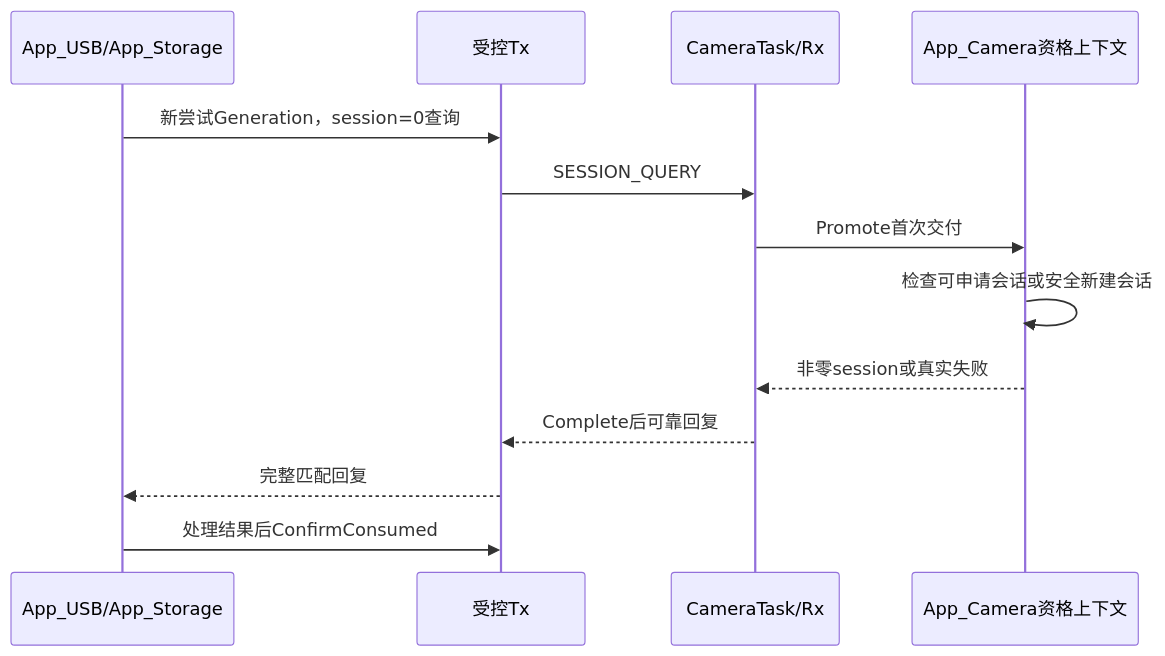
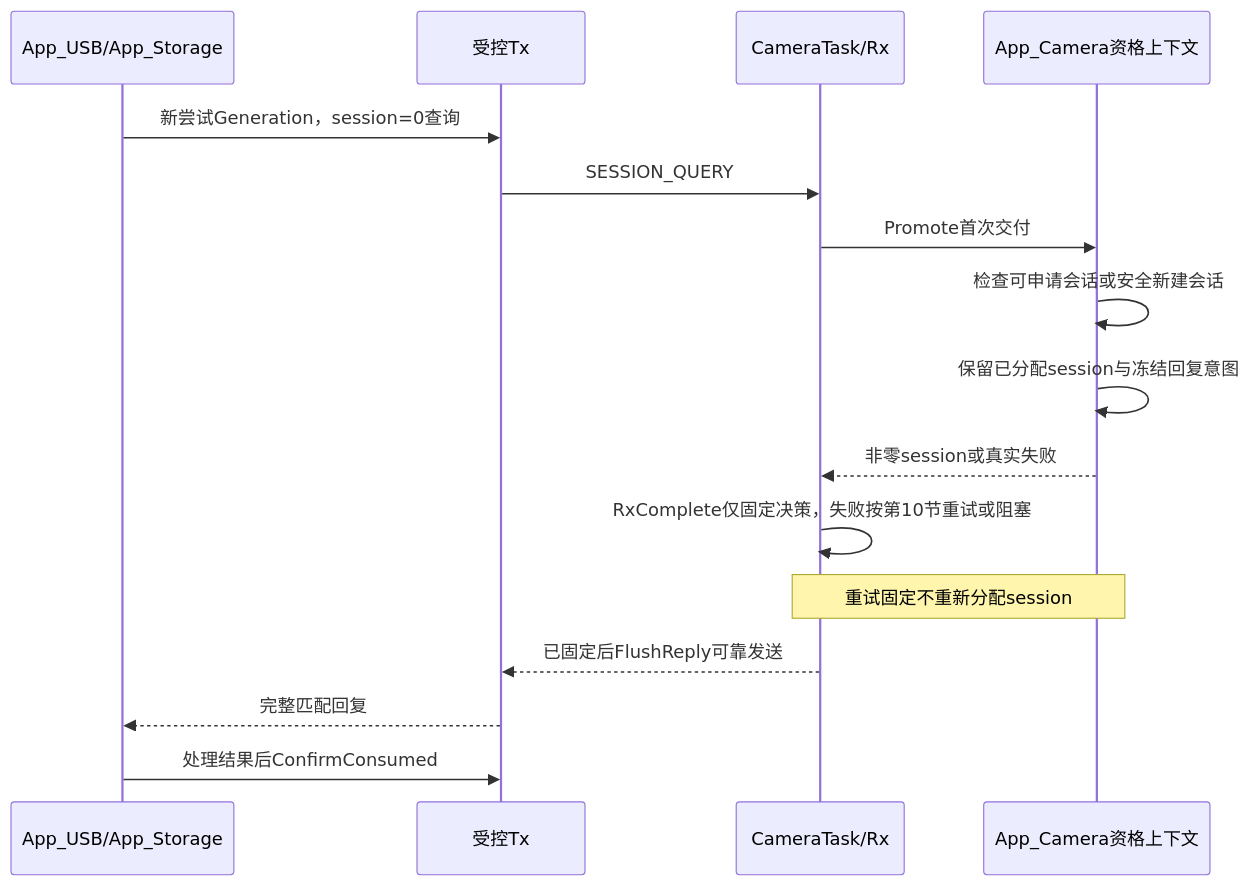
Before and after one commit to ruk93668-creator/h7_mac: the fifth of 8 diagrams in Docs/Design/C2.2_Consumer资格管理设计.md, drawn with Mermaid. The commit also changed other lines of this file, not shown here.

````diff
--- a/Docs/Design/C2.2_Consumer资格管理设计.md
+++ b/Docs/Design/C2.2_Consumer资格管理设计.md
@@ -246,15 +320,18 @@
 ```mermaid
 sequenceDiagram
     participant A as App_USB/App_Storage
     participant T as 受控Tx
     participant R as CameraTask/Rx
     participant C as App_Camera资格上下文
     A->>T: 新尝试Generation，session=0查询
     T->>R: SESSION_QUERY
     R->>C: Promote首次交付
     C->>C: 检查可申请会话或安全新建会话
+    C->>C: 保留已分配session与冻结回复意图
     C-->>R: 非零session或真实失败
-    R-->>T: Complete后可靠回复
+    R->>R: RxComplete仅固定决策，失败按第10节重试或阻塞
+    Note over C,R: 重试固定不重新分配session
+    R-->>T: 已固定后FlushReply可靠发送
     T-->>A: 完整匹配回复
     A->>T: 处理结果后ConfirmConsumed
 ```
````
